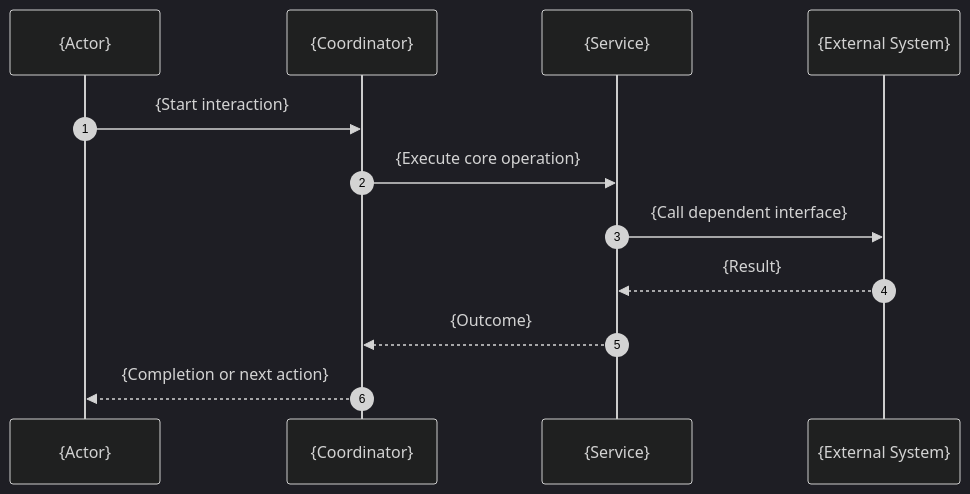
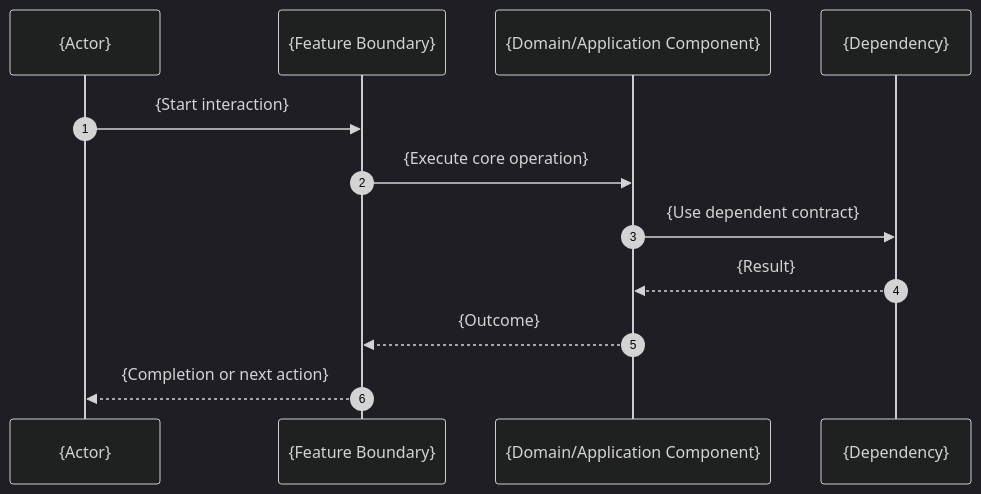
Before and after one commit to cyberAlchemyAI/domainspec: the second of 2 diagrams in templates/architecture.md, drawn with Mermaid (dark theme). The commit also changed other lines of this file and 14 other files, not shown here.

Commit message:
domainspec: harden feature architecture spec contract

````diff
--- a/templates/architecture.md
+++ b/templates/architecture.md
@@ -61,15 +74,15 @@
 ```mermaid
 sequenceDiagram
     autonumber
     participant A as {Actor}
-    participant B as {Coordinator}
-    participant C as {Service}
-    participant D as {External System}
+    participant B as {Feature Boundary}
+    participant C as {Domain/Application Component}
+    participant D as {Dependency}
 
     A->>B: {Start interaction}
     B->>C: {Execute core operation}
-    C->>D: {Call dependent interface}
+    C->>D: {Use dependent contract}
     D-->>C: {Result}
     C-->>B: {Outcome}
     B-->>A: {Completion or next action}
 ```
````
